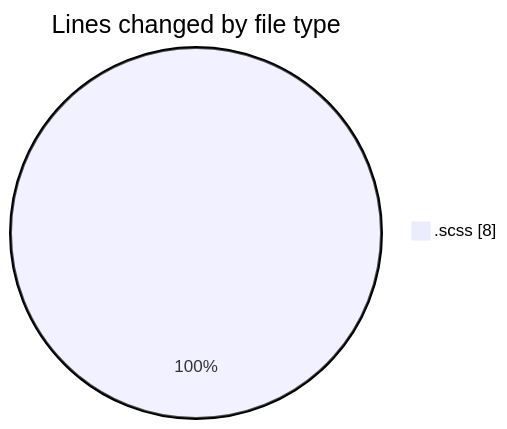
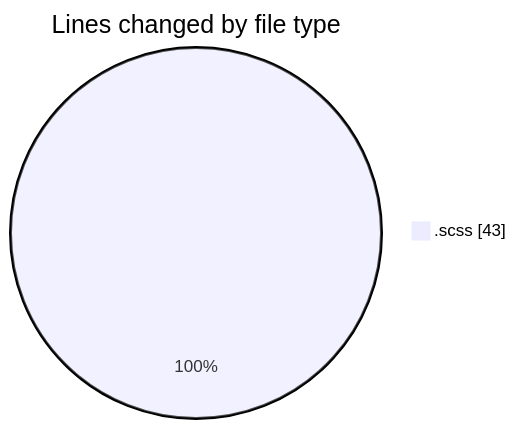
One commit to momahboobian/code-tracking changed the first of 2 diagrams in 2025-06-03/cda/README.md. Above: the diagram before and after it, drawn with Mermaid. The commit also changed other lines of this file and 1 other file, not shown here.

````diff
--- a/2025-06-03/cda/README.md
+++ b/2025-06-03/cda/README.md
@@ -20,5 +21,5 @@
 ```mermaid
 pie showData
 title Lines changed by file type
-".scss" : 8
+".scss" : 43
 ```
````
